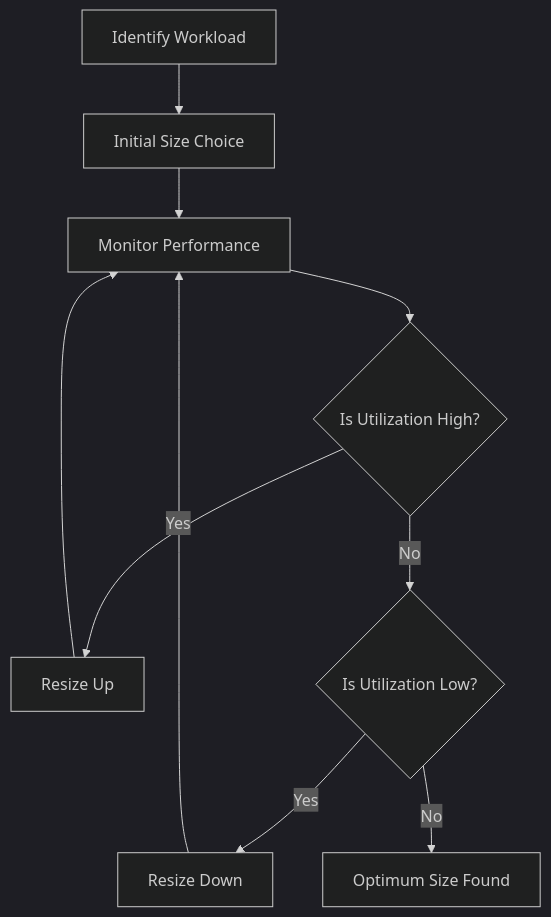
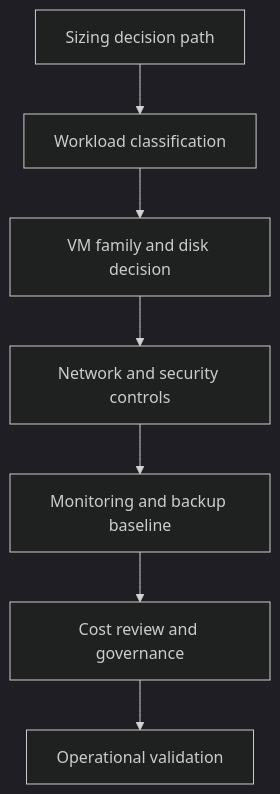
Before and after one commit to yeongseon/azure-virtual-machine-practical-guide: the diagram in docs/best-practices/sizing-and-image-selection.md, drawn with Mermaid (dark theme). The commit also changed other lines of this file and 24 other files, not shown here.

````diff
--- a/docs/best-practices/sizing-and-image-selection.md
+++ b/docs/best-practices/sizing-and-image-selection.md
@@ -15,11 +17,9 @@
 ```mermaid
-graph TD
-    A[Identify Workload] --> B[Initial Size Choice]
-    B --> C[Monitor Performance]
-    C --> D{Is Utilization High?}
-    D -- Yes --> E[Resize Up]
-    D -- No --> F{Is Utilization Low?}
-    F -- Yes --> G[Resize Down]
-    F -- No --> H[Optimum Size Found]
-    E & G --> C
+flowchart TD
+    A[Sizing decision path] --> B[Workload classification]
+    B --> C[VM family and disk decision]
+    C --> D[Network and security controls]
+    D --> E[Monitoring and backup baseline]
+    E --> F[Cost review and governance]
+    F --> G[Operational validation]
 ```
````
